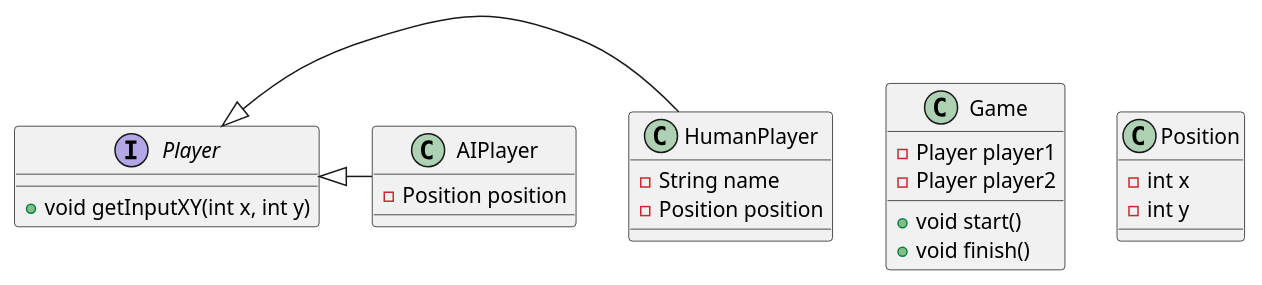
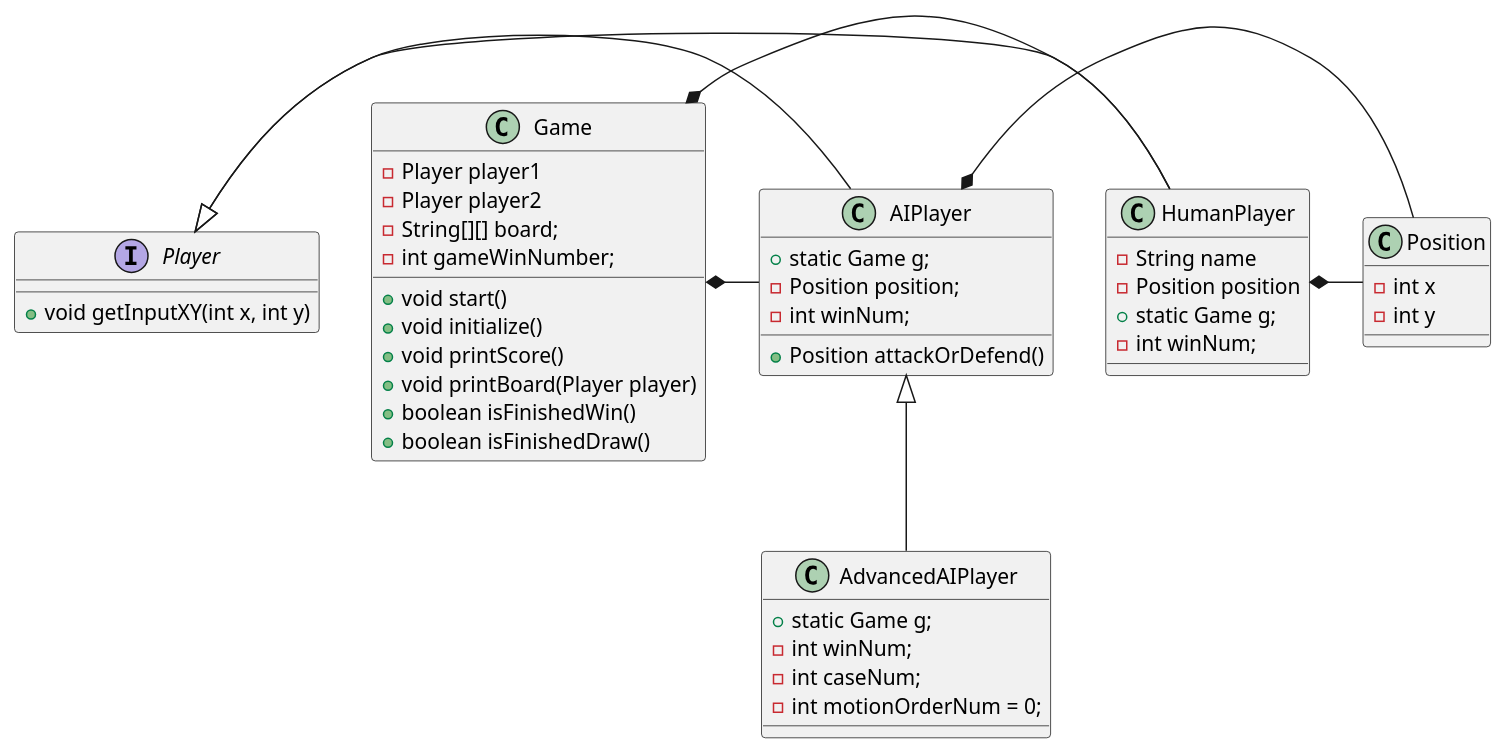
One commit to Kimyechan/JavaBasic changed the diagram in out/production/JavaBasic/com/company/project1/TikTecTocUML.puml. Above: the diagram before and after it, drawn with PlantUML. The commit also changed 4 other files, not shown here.

```diff
--- a/out/production/JavaBasic/com/company/project1/TikTecTocUML.puml
+++ b/out/production/JavaBasic/com/company/project1/TikTecTocUML.puml
@@ -1,33 +1,58 @@
 @startuml
 
 class Game{
     - Player player1
     - Player player2
+    - String[][] board;
+    - int gameWinNumber;
 
     + void start()
-    + void finish()
+    + void initialize()
+    + void printScore()
+    + void printBoard(Player player)
+    + boolean isFinishedWin()
+    + boolean isFinishedDraw()
 
 }
 
 interface Player{
     + void getInputXY(int x, int y)
 
 }
 
 class HumanPlayer {
     - String name
     - Position position
+    + static Game g;
+    -  int winNum;
 }
 
 class AIPlayer{
-    - Position position
+    + static Game g;
+    - Position position;
+    - int winNum;
+
+    + Position attackOrDefend()
 }
 
+class AdvancedAIPlayer{
+    + static Game g;
+    - int winNum;
+    - int caseNum;
+    - int motionOrderNum = 0;
+
+}
 class Position{
  - int x
  - int y
 }
 
 Player <|- HumanPlayer
 Player <|- AIPlayer
+AIPlayer <|-- AdvancedAIPlayer
+HumanPlayer *- Position
+AIPlayer *- Position
+Game *- HumanPlayer
+Game *- AIPlayer
+
 @enduml
```
